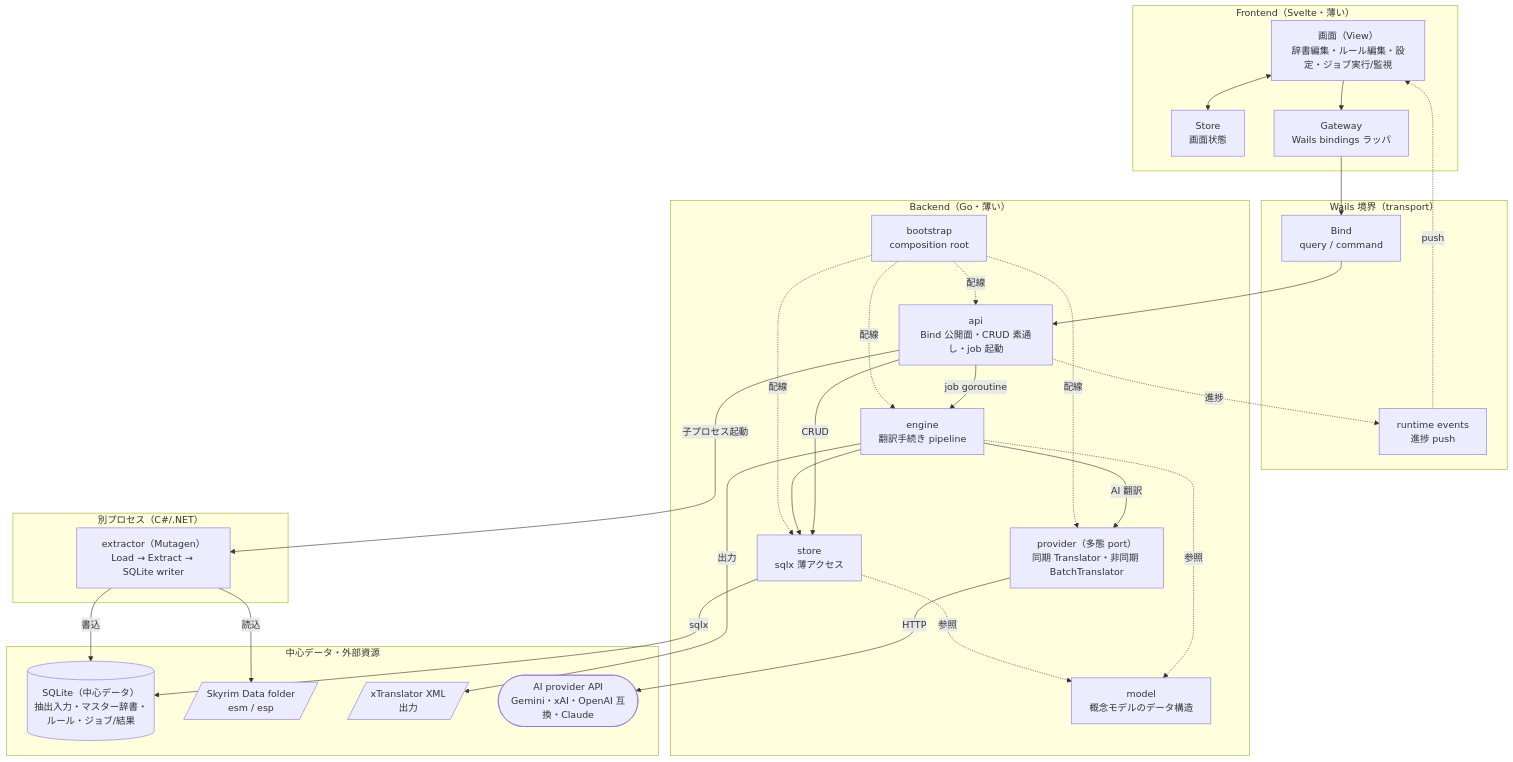
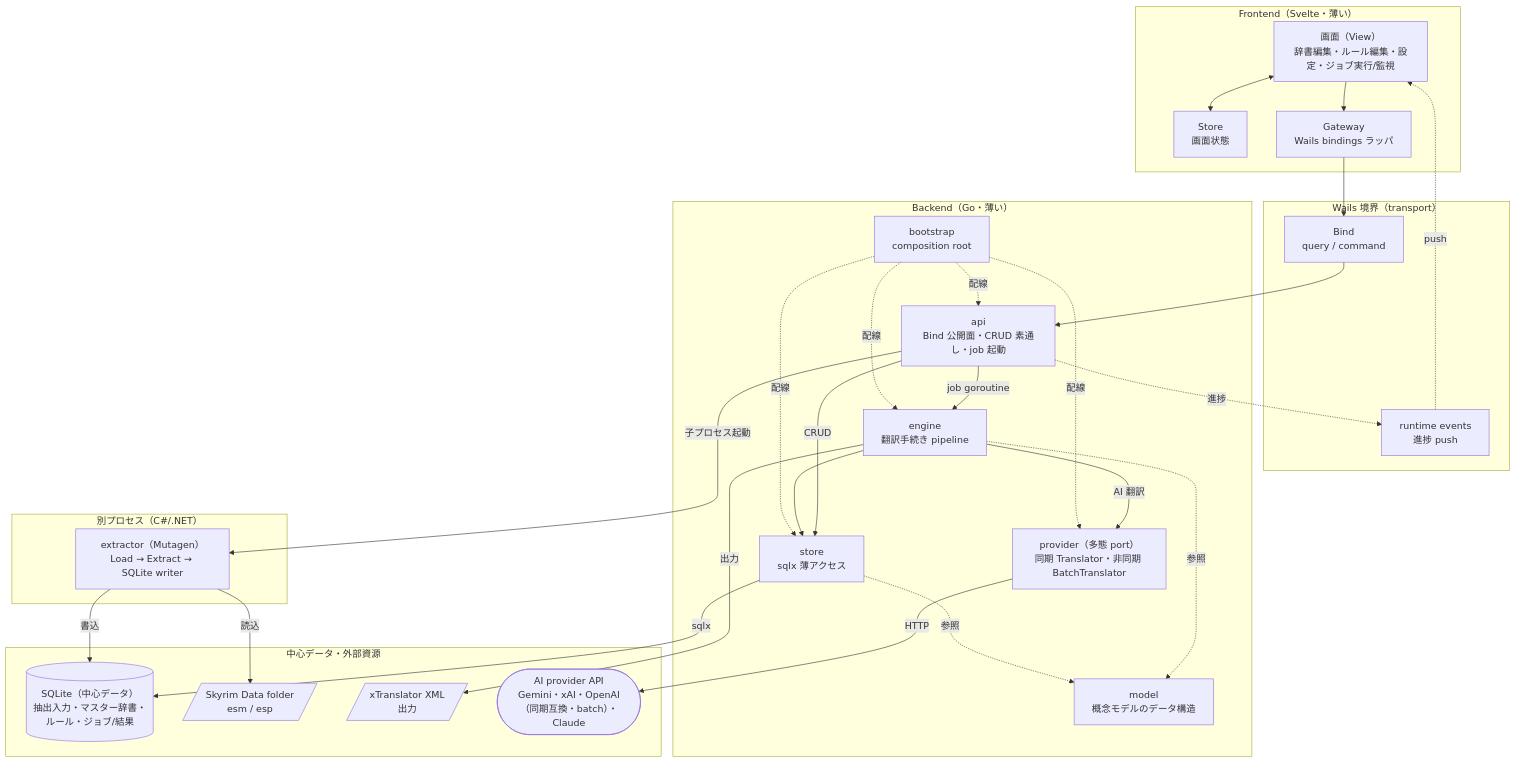
The diagram in docs/architecture.md (ishibata91/AITranslationEngineJP), drawn with Mermaid before and after one commit. The commit also changed other lines of this file and 30 other files, not shown here.

Commit message:
feat: add OpenAI batch provider

````diff
--- a/docs/architecture.md
+++ b/docs/architecture.md
@@ -20,59 +20,59 @@
 ```mermaid
 flowchart TB
     subgraph FE["Frontend（Svelte・薄い）"]
         View["画面（View）<br/>辞書編集・ルール編集・設定・ジョブ実行/監視"]
         Store["Store<br/>画面状態"]
         Gateway["Gateway<br/>Wails bindings ラッパ"]
     end
 
     subgraph WAILS["Wails 境界（transport）"]
         Bind["Bind<br/>query / command"]
         Events["runtime events<br/>進捗 push"]
     end
 
     subgraph BE["Backend（Go・薄い）"]
         API["api<br/>Bind 公開面・CRUD 素通し・job 起動"]
         Engine["engine<br/>翻訳手続き pipeline"]
         StoreGo["store<br/>sqlx 薄アクセス"]
         Provider["provider（多態 port）<br/>同期 Translator・非同期 BatchTranslator"]
         Model["model<br/>概念モデルのデータ構造"]
         Bootstrap["bootstrap<br/>composition root"]
     end
 
     subgraph EXT["別プロセス（C#/.NET）"]
         Extractor["extractor（Mutagen）<br/>Load → Extract → SQLite writer"]
     end
 
     subgraph DATA["中心データ・外部資源"]
         SQLite[("SQLite（中心データ）<br/>抽出入力・マスター辞書・ルール・ジョブ/結果")]
         DataFolder[/"Skyrim Data folder<br/>esm / esp"/]
         XML[/"xTranslator XML<br/>出力"/]
-        AIAPI(["AI provider API<br/>Gemini・xAI・OpenAI 互換・Claude"])
+        AIAPI(["AI provider API<br/>Gemini・xAI・OpenAI（同期互換・batch）・Claude"])
     end
 
     View <--> Store
     View --> Gateway
     Gateway --> Bind
     Bind --> API
     API -. 進捗 .-> Events
     Events -. push .-> View
 
     API -->|CRUD| StoreGo
     API -->|job goroutine| Engine
     API -->|子プロセス起動| Extractor
     Engine --> StoreGo
     Engine -->|AI 翻訳| Provider
     Engine -->|出力| XML
     Provider -->|HTTP| AIAPI
     StoreGo -->|sqlx| SQLite
 
     Extractor -->|読込| DataFolder
     Extractor -->|書込| SQLite
 
     Engine -. 参照 .-> Model
     StoreGo -. 参照 .-> Model
     Bootstrap -. 配線 .-> API
     Bootstrap -. 配線 .-> Engine
     Bootstrap -. 配線 .-> StoreGo
     Bootstrap -. 配線 .-> Provider
 ```
````
